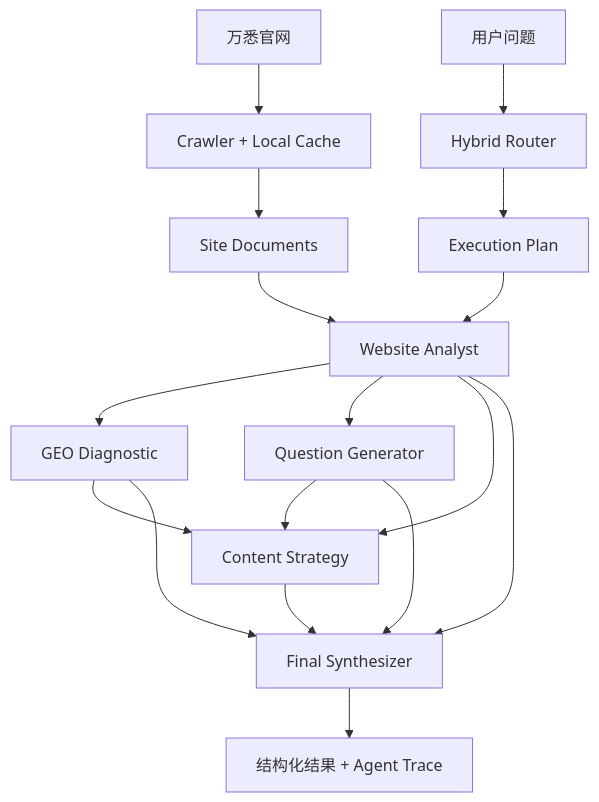
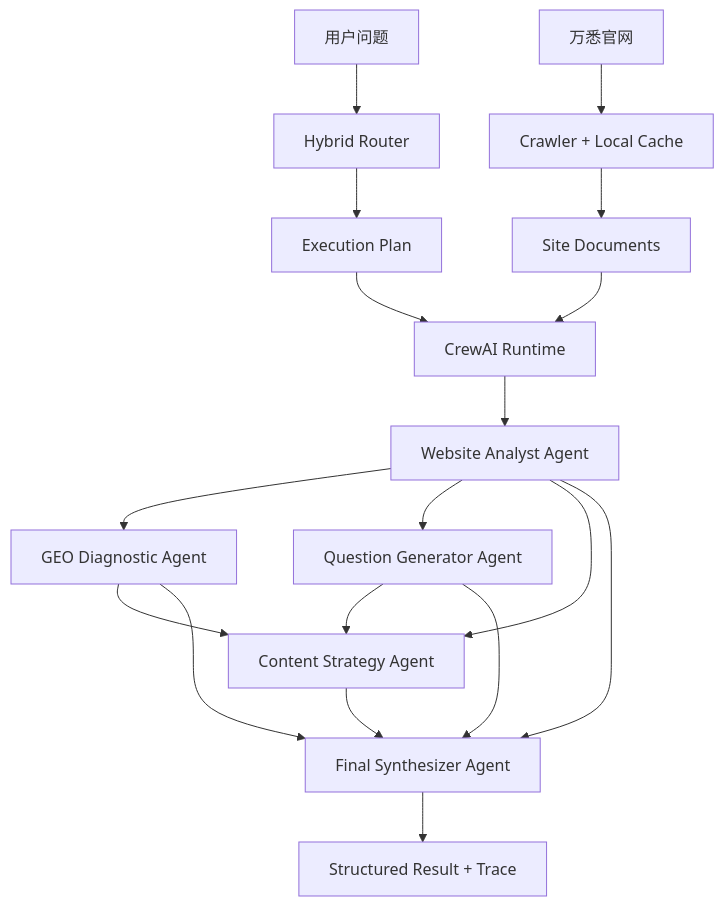
The diagram in README.md (chromiii/WANXI-multiagent), drawn with Mermaid before and after one commit. The commit also changed other lines of this file and 20 other files, not shown here.

Commit message:
feat: migrate GEO orchestration to CrewAI

````diff
--- a/README.md
+++ b/README.md
@@ -25,19 +36,24 @@
 ```mermaid
 flowchart TD
     U[用户问题] --> R[Hybrid Router]
     W[万悉官网] --> C[Crawler + Local Cache]
-    C --> KB[Site Documents]
+    C --> K[Site Documents]
     R --> P[Execution Plan]
-    KB --> A1[Website Analyst]
-    P --> A1
-    A1 --> A2[GEO Diagnostic]
-    A1 --> A3[Question Generator]
-    A1 --> A4[Content Strategy]
+
+    P --> CR[CrewAI Runtime]
+    K --> CR
+
+    CR --> A1[Website Analyst Agent]
+    A1 --> A2[GEO Diagnostic Agent]
+    A1 --> A3[Question Generator Agent]
+    A1 --> A4[Content Strategy Agent]
     A2 --> A4
     A3 --> A4
-    A1 --> S[Final Synthesizer]
+
+    A1 --> S[Final Synthesizer Agent]
     A2 --> S
     A3 --> S
     A4 --> S
-    S --> O[结构化结果 + Agent Trace]
+
+    S --> O[Structured Result + Trace]
 ```
````
